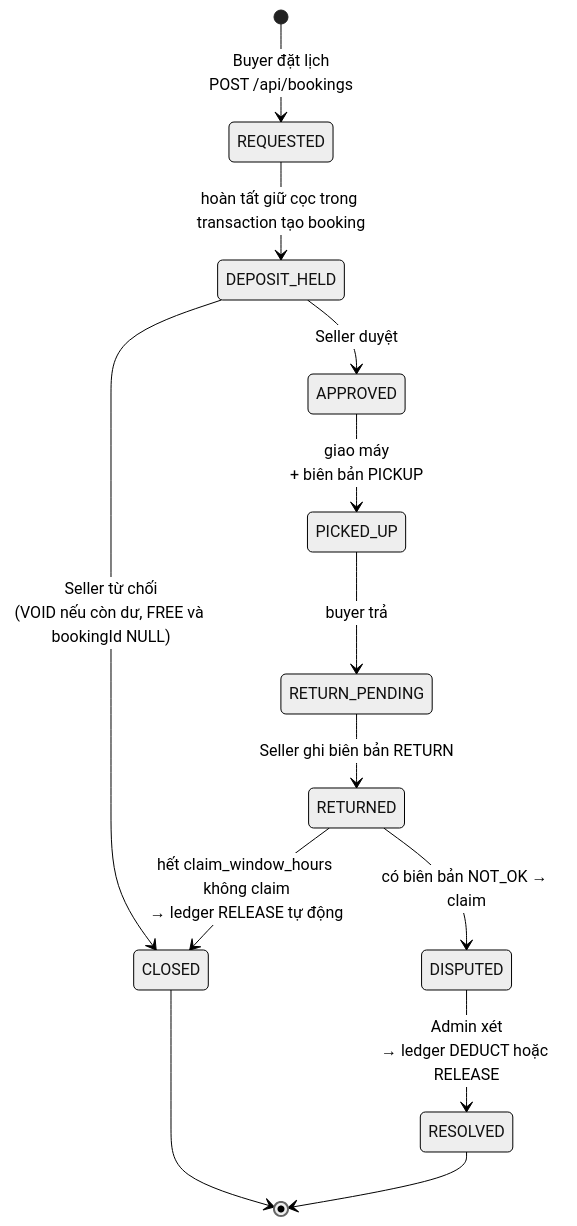
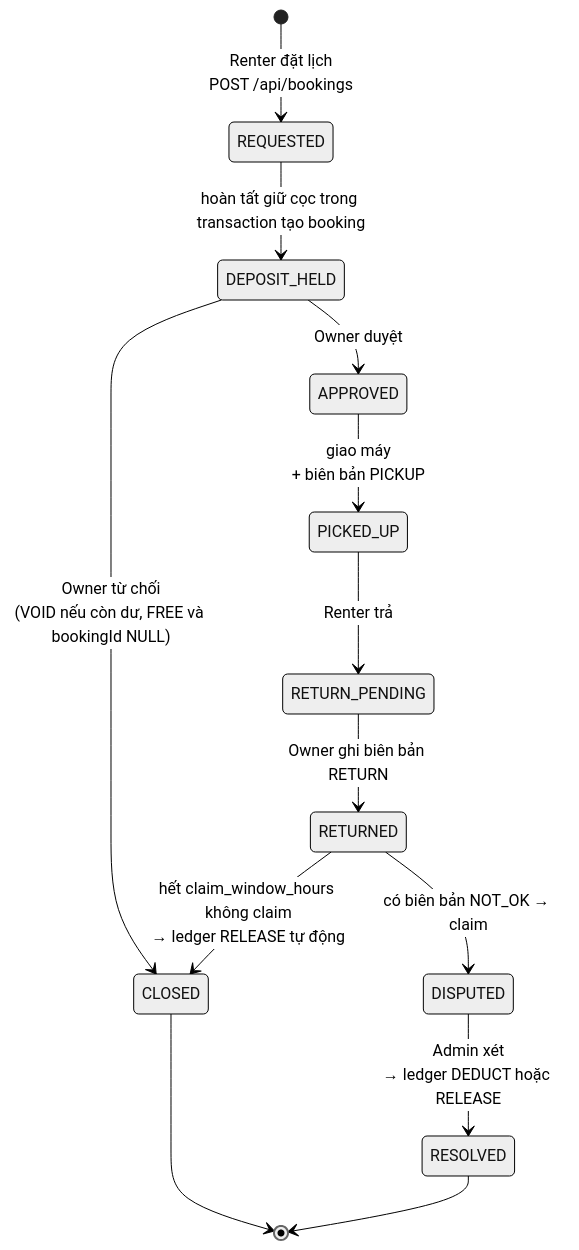
Before and after one commit to BTL-IT3180/gearloop: the second of 3 diagrams in doc/data-model.md, drawn with Mermaid (neutral theme). The commit also changed other lines of this file and 24 other files, not shown here.

Commit message:
refactor(db): unify owner and renter naming

````diff
--- a/doc/data-model.md
+++ b/doc/data-model.md
@@ -330,15 +336,15 @@
 ```mermaid
 stateDiagram-v2
-    [*] --> REQUESTED : Buyer đặt lịch<br/>POST /api/bookings
+    [*] --> REQUESTED : Renter đặt lịch<br/>POST /api/bookings
     REQUESTED --> DEPOSIT_HELD : hoàn tất giữ cọc trong transaction tạo booking
-    DEPOSIT_HELD --> APPROVED : Seller duyệt
-    DEPOSIT_HELD --> CLOSED : Seller từ chối<br/>(VOID nếu còn dư, FREE và bookingId NULL)
+    DEPOSIT_HELD --> APPROVED : Owner duyệt
+    DEPOSIT_HELD --> CLOSED : Owner từ chối<br/>(VOID nếu còn dư, FREE và bookingId NULL)
     APPROVED --> PICKED_UP : giao máy<br/>+ biên bản PICKUP
-    PICKED_UP --> RETURN_PENDING : buyer trả
-    RETURN_PENDING --> RETURNED : Seller ghi biên bản RETURN
+    PICKED_UP --> RETURN_PENDING : Renter trả
+    RETURN_PENDING --> RETURNED : Owner ghi biên bản RETURN
     RETURNED --> CLOSED : hết claim_window_hours không claim<br/>→ ledger RELEASE tự động
     RETURNED --> DISPUTED : có biên bản NOT_OK → claim
     DISPUTED --> RESOLVED : Admin xét<br/>→ ledger DEDUCT hoặc RELEASE
     CLOSED --> [*]
     RESOLVED --> [*]
 ```
````
